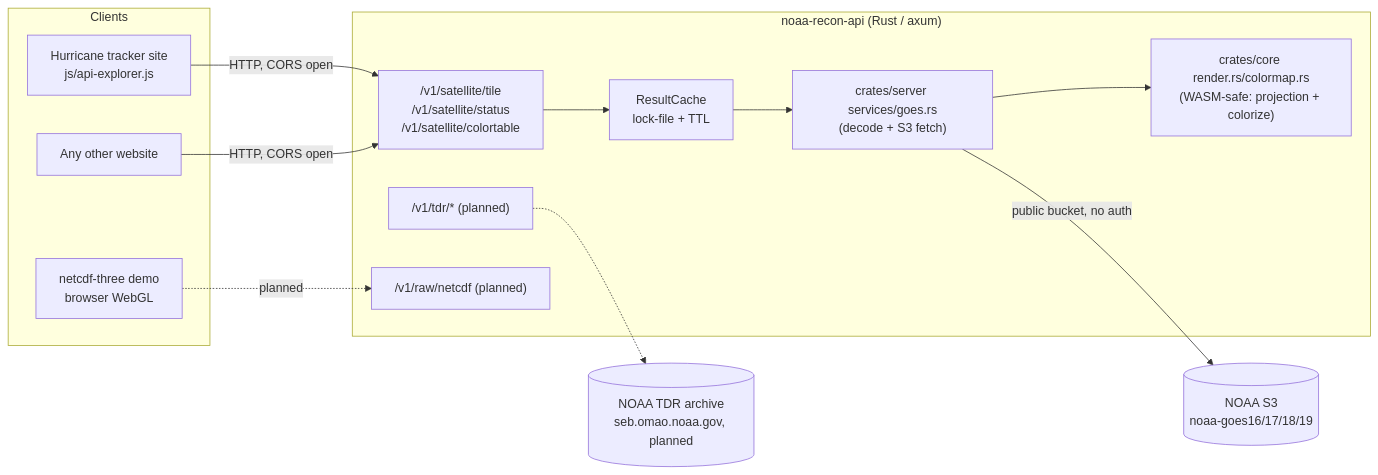
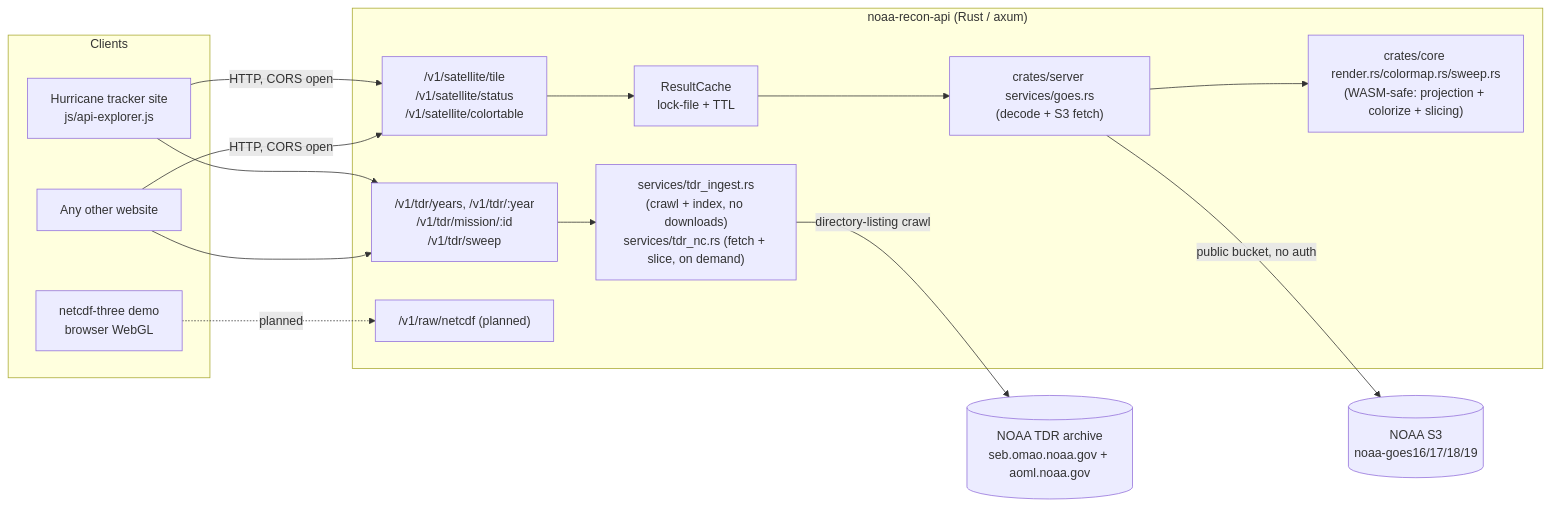
Before and after one commit to jjmurdock19/noaa-recon-api: the first of 2 diagrams in README.md, drawn with Mermaid. The commit also changed other lines of this file and 13 other files, not shown here.

````diff
--- a/README.md
+++ b/README.md
@@ -386,28 +398,31 @@
 ```mermaid
 flowchart LR
     subgraph Clients
         A[Hurricane tracker site<br/>js/api-explorer.js]
         B[Any other website]
         C[netcdf-three demo<br/>browser WebGL]
     end
 
     subgraph "noaa-recon-api (Rust / axum)"
         D["/v1/satellite/tile<br/>/v1/satellite/status<br/>/v1/satellite/colortable"]
-        E["/v1/tdr/* (planned)"]
+        E["/v1/tdr/years, /v1/tdr/:year<br/>/v1/tdr/mission/:id<br/>/v1/tdr/sweep"]
         F["/v1/raw/netcdf (planned)"]
         G[ResultCache<br/>lock-file + TTL]
         H["crates/server services/goes.rs<br/>(decode + S3 fetch)"]
-        K["crates/core render.rs/colormap.rs<br/>(WASM-safe: projection + colorize)"]
+        K["crates/core render.rs/colormap.rs/sweep.rs<br/>(WASM-safe: projection + colorize + slicing)"]
+        L["services/tdr_ingest.rs<br/>(crawl + index, no downloads)<br/>services/tdr_nc.rs (fetch + slice, on demand)"]
     end
 
     I[(NOAA S3<br/>noaa-goes16/17/18/19)]
-    J[(NOAA TDR archive<br/>seb.omao.noaa.gov, planned)]
+    J[(NOAA TDR archive<br/>seb.omao.noaa.gov + aoml.noaa.gov)]
 
     A & B -->|HTTP, CORS open| D
     C -.->|planned| F
     D --> G
     G --> H
     H --> K
     H -->|public bucket, no auth| I
-    E -.-> J
+    A & B --> E
+    E --> L
+    L -->|directory-listing crawl| J
 ```
````
